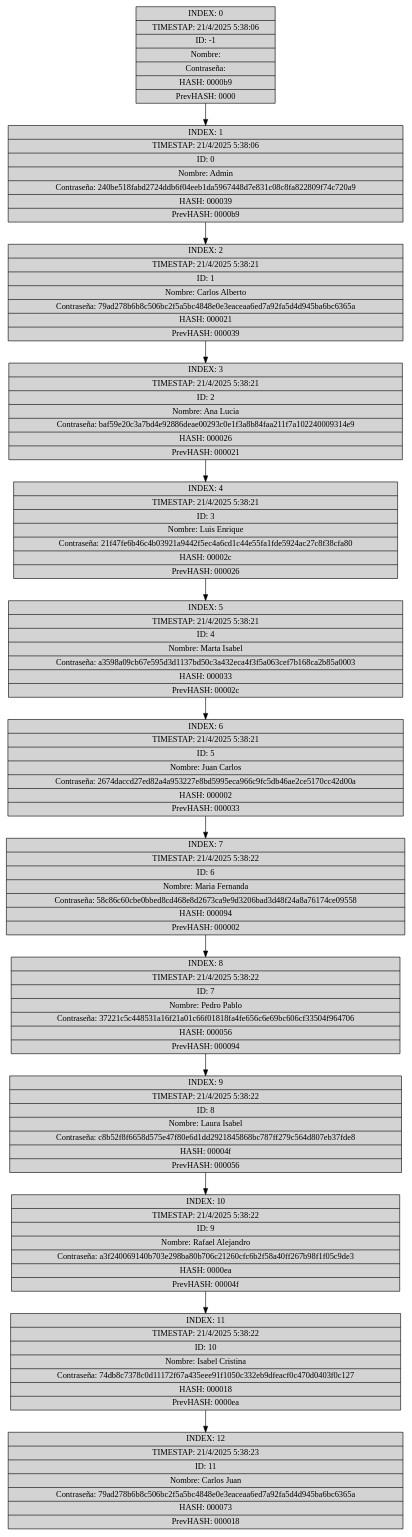
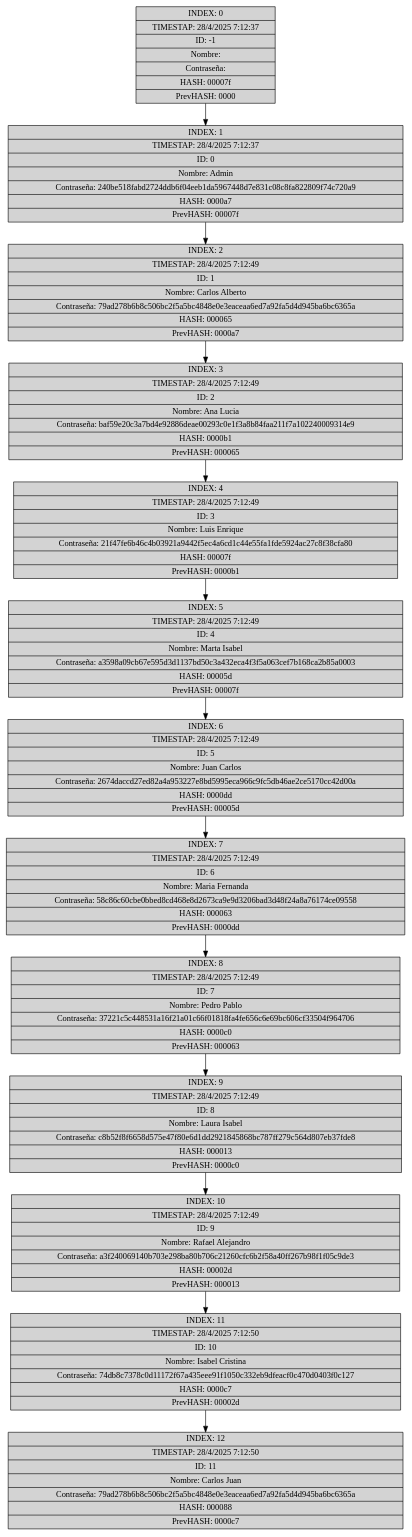
Before and after one commit to Rodrigo-1504/-EDD-1S2025_202202854: the diagram in Proyecto-Fase 3/Reportes/Block Chain.dot, drawn with Graphviz. The commit also changed 27 other files, not shown here.

```diff
--- a/Proyecto-Fase 3/Reportes/Block Chain.dot
+++ b/Proyecto-Fase 3/Reportes/Block Chain.dot
@@ -1,28 +1,28 @@
 digraph {
 	node[shape=record, style=filled];
-	Block0 [label="{ INDEX: 12 | TIMESTAP: 21/4/2025 5:38:23 | ID: 11 | Nombre: Carlos Juan | Contraseña: 79ad278b6b8c506bc2f5a5bc4848e0e3eaceaa6ed7a92fa5d4d945ba6bc6365a | HASH: 000073 | PrevHASH: 000018 }"]
-;	Block1 [label="{ INDEX: 11 | TIMESTAP: 21/4/2025 5:38:22 | ID: 10 | Nombre: Isabel Cristina | Contraseña: 74db8c7378c0d11172f67a435eee91f1050c332eb9dfeacf0c470d0403f0c127 | HASH: 000018 | PrevHASH: 0000ea }"]
+	Block0 [label="{ INDEX: 12 | TIMESTAP: 28/4/2025 7:12:50 | ID: 11 | Nombre: Carlos Juan | Contraseña: 79ad278b6b8c506bc2f5a5bc4848e0e3eaceaa6ed7a92fa5d4d945ba6bc6365a | HASH: 000088 | PrevHASH: 0000c7 }"]
+;	Block1 [label="{ INDEX: 11 | TIMESTAP: 28/4/2025 7:12:50 | ID: 10 | Nombre: Isabel Cristina | Contraseña: 74db8c7378c0d11172f67a435eee91f1050c332eb9dfeacf0c470d0403f0c127 | HASH: 0000c7 | PrevHASH: 00002d }"]
 ;	Block1 -> Block0;
-	Block2 [label="{ INDEX: 10 | TIMESTAP: 21/4/2025 5:38:22 | ID: 9 | Nombre: Rafael Alejandro | Contraseña: a3f240069140b703e298ba80b706c21260cfc6b2f58a40ff267b98f1f05c9de3 | HASH: 0000ea | PrevHASH: 00004f }"]
+	Block2 [label="{ INDEX: 10 | TIMESTAP: 28/4/2025 7:12:49 | ID: 9 | Nombre: Rafael Alejandro | Contraseña: a3f240069140b703e298ba80b706c21260cfc6b2f58a40ff267b98f1f05c9de3 | HASH: 00002d | PrevHASH: 000013 }"]
 ;	Block2 -> Block1;
-	Block3 [label="{ INDEX: 9 | TIMESTAP: 21/4/2025 5:38:22 | ID: 8 | Nombre: Laura Isabel | Contraseña: c8b52f8f6658d575e47f80e6d1dd2921845868bc787ff279c564d807eb37fde8 | HASH: 00004f | PrevHASH: 000056 }"]
+	Block3 [label="{ INDEX: 9 | TIMESTAP: 28/4/2025 7:12:49 | ID: 8 | Nombre: Laura Isabel | Contraseña: c8b52f8f6658d575e47f80e6d1dd2921845868bc787ff279c564d807eb37fde8 | HASH: 000013 | PrevHASH: 0000c0 }"]
 ;	Block3 -> Block2;
-	Block4 [label="{ INDEX: 8 | TIMESTAP: 21/4/2025 5:38:22 | ID: 7 | Nombre: Pedro Pablo | Contraseña: 37221c5c448531a16f21a01c66f01818fa4fe656c6e69bc606cf33504f964706 | HASH: 000056 | PrevHASH: 000094 }"]
+	Block4 [label="{ INDEX: 8 | TIMESTAP: 28/4/2025 7:12:49 | ID: 7 | Nombre: Pedro Pablo | Contraseña: 37221c5c448531a16f21a01c66f01818fa4fe656c6e69bc606cf33504f964706 | HASH: 0000c0 | PrevHASH: 000063 }"]
 ;	Block4 -> Block3;
-	Block5 [label="{ INDEX: 7 | TIMESTAP: 21/4/2025 5:38:22 | ID: 6 | Nombre: Maria Fernanda | Contraseña: 58c86c60cbe0bbed8cd468e8d2673ca9e9d3206bad3d48f24a8a76174ce09558 | HASH: 000094 | PrevHASH: 000002 }"]
+	Block5 [label="{ INDEX: 7 | TIMESTAP: 28/4/2025 7:12:49 | ID: 6 | Nombre: Maria Fernanda | Contraseña: 58c86c60cbe0bbed8cd468e8d2673ca9e9d3206bad3d48f24a8a76174ce09558 | HASH: 000063 | PrevHASH: 0000dd }"]
 ;	Block5 -> Block4;
-	Block6 [label="{ INDEX: 6 | TIMESTAP: 21/4/2025 5:38:21 | ID: 5 | Nombre: Juan Carlos | Contraseña: 2674daccd27ed82a4a953227e8bd5995eca966c9fc5db46ae2ce5170cc42d00a | HASH: 000002 | PrevHASH: 000033 }"]
+	Block6 [label="{ INDEX: 6 | TIMESTAP: 28/4/2025 7:12:49 | ID: 5 | Nombre: Juan Carlos | Contraseña: 2674daccd27ed82a4a953227e8bd5995eca966c9fc5db46ae2ce5170cc42d00a | HASH: 0000dd | PrevHASH: 00005d }"]
 ;	Block6 -> Block5;
-	Block7 [label="{ INDEX: 5 | TIMESTAP: 21/4/2025 5:38:21 | ID: 4 | Nombre: Marta Isabel | Contraseña: a3598a09cb67e595d3d1137bd50c3a432eca4f3f5a063cef7b168ca2b85a0003 | HASH: 000033 | PrevHASH: 00002c }"]
+	Block7 [label="{ INDEX: 5 | TIMESTAP: 28/4/2025 7:12:49 | ID: 4 | Nombre: Marta Isabel | Contraseña: a3598a09cb67e595d3d1137bd50c3a432eca4f3f5a063cef7b168ca2b85a0003 | HASH: 00005d | PrevHASH: 00007f }"]
 ;	Block7 -> Block6;
-	Block8 [label="{ INDEX: 4 | TIMESTAP: 21/4/2025 5:38:21 | ID: 3 | Nombre: Luis Enrique | Contraseña: 21f47fe6b46c4b03921a9442f5ec4a6cd1c44e55fa1fde5924ac27c8f38cfa80 | HASH: 00002c | PrevHASH: 000026 }"]
+	Block8 [label="{ INDEX: 4 | TIMESTAP: 28/4/2025 7:12:49 | ID: 3 | Nombre: Luis Enrique | Contraseña: 21f47fe6b46c4b03921a9442f5ec4a6cd1c44e55fa1fde5924ac27c8f38cfa80 | HASH: 00007f | PrevHASH: 0000b1 }"]
 ;	Block8 -> Block7;
-	Block9 [label="{ INDEX: 3 | TIMESTAP: 21/4/2025 5:38:21 | ID: 2 | Nombre: Ana Lucia | Contraseña: baf59e20c3a7bd4e92886deae00293c0e1f3a8b84faa211f7a102240009314e9 | HASH: 000026 | PrevHASH: 000021 }"]
+	Block9 [label="{ INDEX: 3 | TIMESTAP: 28/4/2025 7:12:49 | ID: 2 | Nombre: Ana Lucia | Contraseña: baf59e20c3a7bd4e92886deae00293c0e1f3a8b84faa211f7a102240009314e9 | HASH: 0000b1 | PrevHASH: 000065 }"]
 ;	Block9 -> Block8;
-	Block10 [label="{ INDEX: 2 | TIMESTAP: 21/4/2025 5:38:21 | ID: 1 | Nombre: Carlos Alberto | Contraseña: 79ad278b6b8c506bc2f5a5bc4848e0e3eaceaa6ed7a92fa5d4d945ba6bc6365a | HASH: 000021 | PrevHASH: 000039 }"]
+	Block10 [label="{ INDEX: 2 | TIMESTAP: 28/4/2025 7:12:49 | ID: 1 | Nombre: Carlos Alberto | Contraseña: 79ad278b6b8c506bc2f5a5bc4848e0e3eaceaa6ed7a92fa5d4d945ba6bc6365a | HASH: 000065 | PrevHASH: 0000a7 }"]
 ;	Block10 -> Block9;
-	Block11 [label="{ INDEX: 1 | TIMESTAP: 21/4/2025 5:38:06 | ID: 0 | Nombre: Admin | Contraseña: 240be518fabd2724ddb6f04eeb1da5967448d7e831c08c8fa822809f74c720a9 | HASH: 000039 | PrevHASH: 0000b9 }"]
+	Block11 [label="{ INDEX: 1 | TIMESTAP: 28/4/2025 7:12:37 | ID: 0 | Nombre: Admin | Contraseña: 240be518fabd2724ddb6f04eeb1da5967448d7e831c08c8fa822809f74c720a9 | HASH: 0000a7 | PrevHASH: 00007f }"]
 ;	Block11 -> Block10;
-	Block12 [label="{ INDEX: 0 | TIMESTAP: 21/4/2025 5:38:06 | ID: -1 | Nombre:  | Contraseña:  | HASH: 0000b9 | PrevHASH: 0000 }"]
+	Block12 [label="{ INDEX: 0 | TIMESTAP: 28/4/2025 7:12:37 | ID: -1 | Nombre:  | Contraseña:  | HASH: 00007f | PrevHASH: 0000 }"]
 ;	Block12 -> Block11;
 }
```
